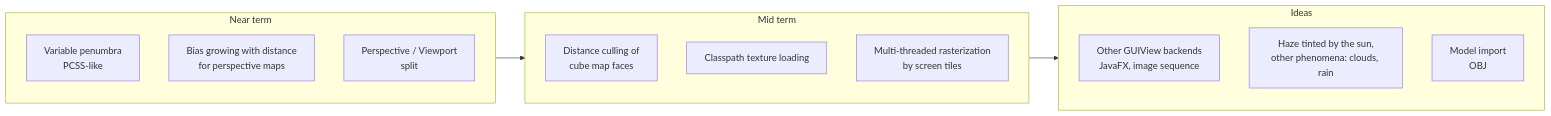
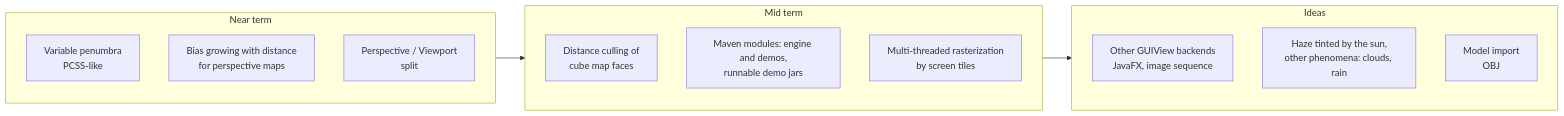
Before and after one commit to obarry/Aventura: diagram 22 of 22 in docs/DESIGN.md, drawn with Mermaid. The commit also changed other lines of this file and 14 other files, not shown here.

````diff
--- a/docs/DESIGN.md
+++ b/docs/DESIGN.md
@@ -1060,19 +1060,19 @@
 ```mermaid
 flowchart LR
     subgraph NOW["Near term"]
         n1[Variable penumbra<br/>PCSS-like]
         n2[Bias growing with distance<br/>for perspective maps]
         n4[Perspective / Viewport<br/>split]
     end
     subgraph NEXT["Mid term"]
         m1[Distance culling of<br/>cube map faces]
-        m2[Classpath texture loading]
+        m2[Maven modules: engine and demos,<br/>runnable demo jars]
         m3[Multi-threaded rasterization<br/>by screen tiles]
     end
     subgraph LATER["Ideas"]
         l1[Other GUIView backends<br/>JavaFX, image sequence]
         l2[Haze tinted by the sun,<br/>other phenomena: clouds, rain]
         l3[Model import<br/>OBJ]
     end
     NOW --> NEXT --> LATER
 ```
````
